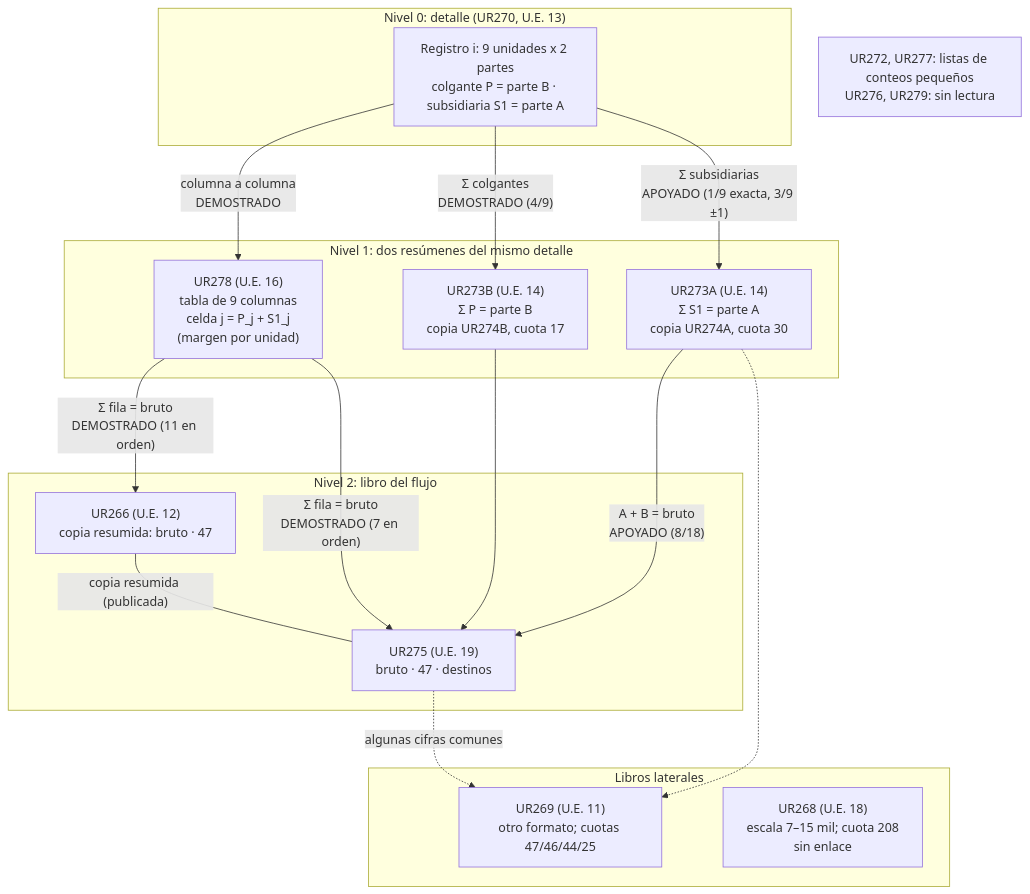
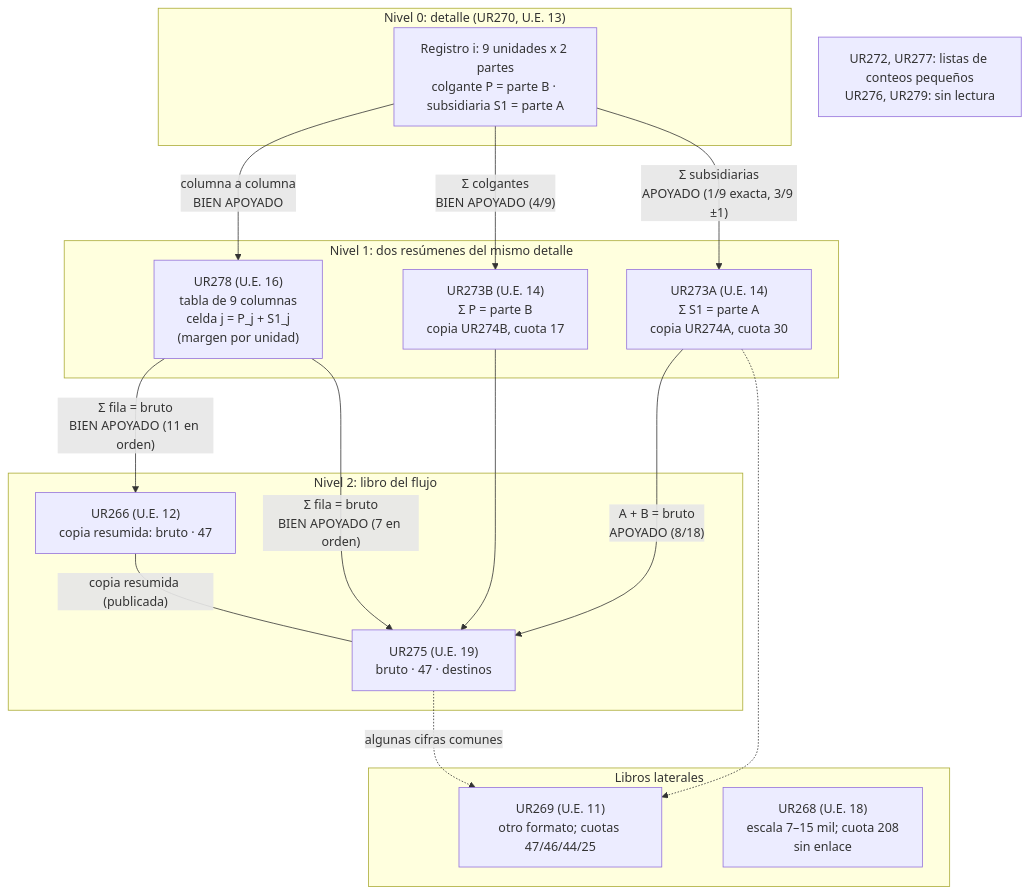
Before and after one commit to dariodemh/quipus: the diagram in analisis/29_lectura_incahuasi/lectura.md, drawn with Mermaid. The commit also changed other lines of this file and 209 other files, not shown here.

````diff
--- a/analisis/29_lectura_incahuasi/lectura.md
+++ b/analisis/29_lectura_incahuasi/lectura.md
@@ -55,30 +55,30 @@
 ```mermaid
 flowchart TD
     subgraph N0["Nivel 0: detalle (UR270, U.E. 13)"]
         U["Registro i: 9 unidades x 2 partes<br/>colgante P = parte B · subsidiaria S1 = parte A"]
     end
     subgraph N1["Nivel 1: dos resúmenes del mismo detalle"]
         T["UR278 (U.E. 16)<br/>tabla de 9 columnas<br/>celda j = P_j + S1_j<br/>(margen por unidad)"]
         B["UR273B (U.E. 14)<br/>Σ P = parte B<br/>copia UR274B, cuota 17"]
         A["UR273A (U.E. 14)<br/>Σ S1 = parte A<br/>copia UR274A, cuota 30"]
     end
     subgraph N2["Nivel 2: libro del flujo"]
         L1["UR275 (U.E. 19)<br/>bruto · 47 · destinos"]
         L2["UR266 (U.E. 12)<br/>copia resumida: bruto · 47"]
     end
     subgraph LAT["Libros laterales"]
         L3["UR269 (U.E. 11)<br/>otro formato; cuotas 47/46/44/25"]
         L4["UR268 (U.E. 18)<br/>escala 7–15 mil; cuota 208<br/>sin enlace"]
     end
     AUX["UR272, UR277: listas de conteos pequeños<br/>UR276, UR279: sin lectura"]
-    U -- "columna a columna<br/>DEMOSTRADO" --> T
-    U -- "Σ colgantes<br/>DEMOSTRADO (4/9)" --> B
+    U -- "columna a columna<br/>BIEN APOYADO" --> T
+    U -- "Σ colgantes<br/>BIEN APOYADO (4/9)" --> B
     U -- "Σ subsidiarias<br/>APOYADO (1/9 exacta, 3/9 ±1)" --> A
-    T -- "Σ fila = bruto<br/>DEMOSTRADO (11 en orden)" --> L2
-    T -- "Σ fila = bruto<br/>DEMOSTRADO (7 en orden)" --> L1
+    T -- "Σ fila = bruto<br/>BIEN APOYADO (11 en orden)" --> L2
+    T -- "Σ fila = bruto<br/>BIEN APOYADO (7 en orden)" --> L1
     A -- "A + B = bruto<br/>APOYADO (8/18)" --> L1
     B --> L1
     A -.-> L3
     L2 -- "copia resumida (publicada)" --- L1
     L1 -. "algunas cifras comunes" .-> L3
 ```
````
